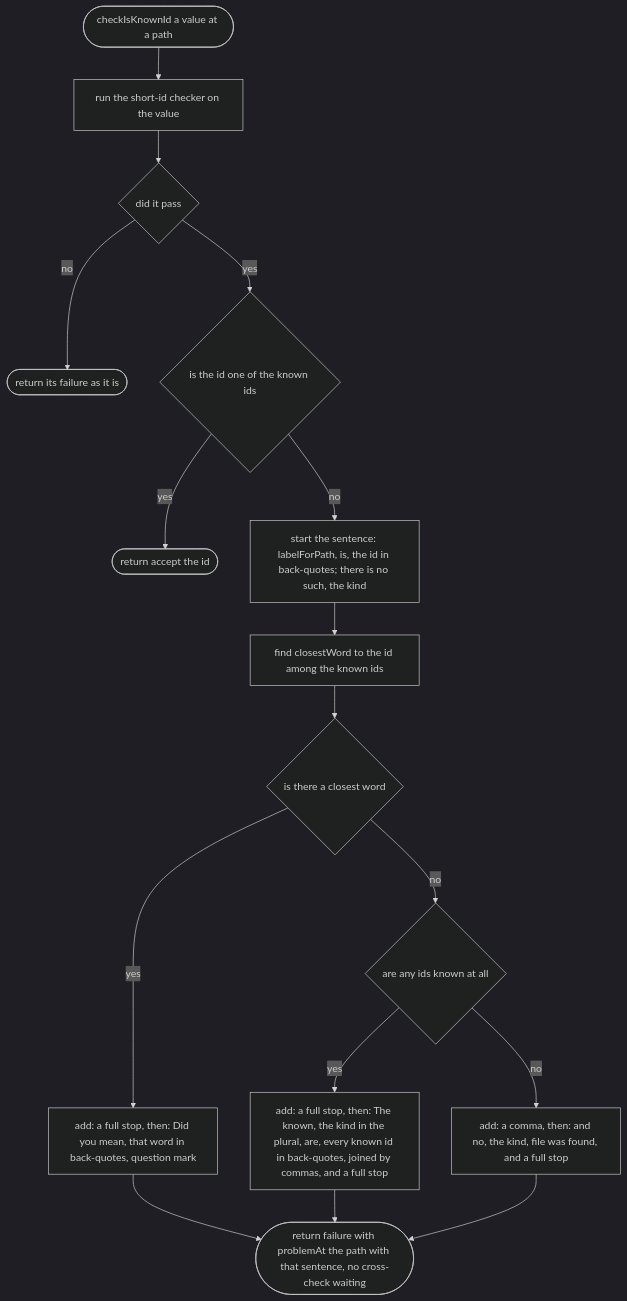
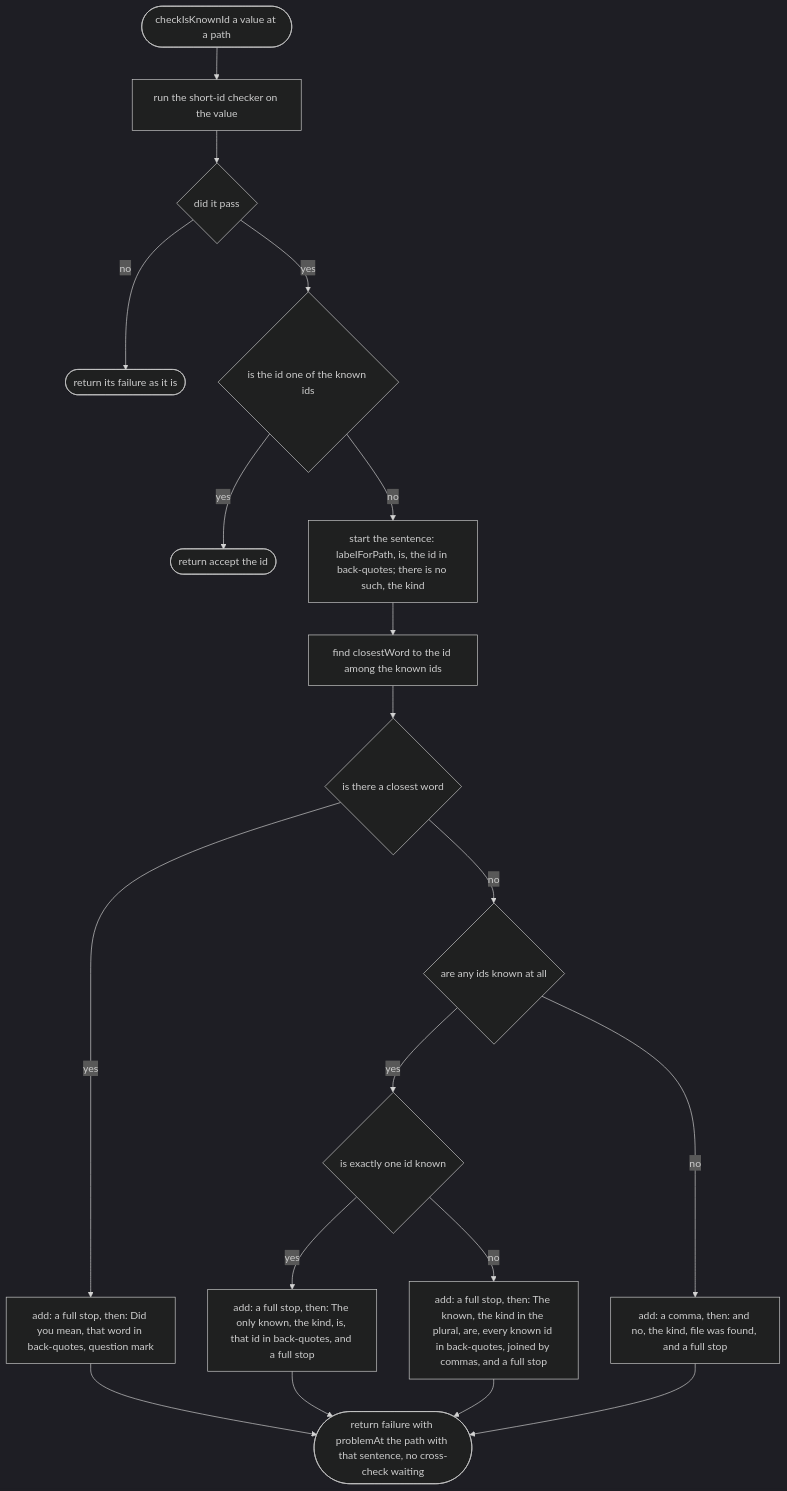
One commit to NewDara-Star/world-engine changed diagram 20 of 41 in docs/designs/src/place/parse.md. Above: the diagram before and after it, drawn with Mermaid (dark theme). The commit also changed other lines of this file and 5 other files, not shown here.

````diff
--- a/docs/designs/src/place/parse.md
+++ b/docs/designs/src/place/parse.md
@@ -293,32 +293,37 @@
 ```mermaid
 flowchart TD
   s(["checkIsKnownId a value at a path"])
   a["run the short-id checker on the value"]
   b{"did it pass"}
   c(["return its failure as it is"])
   d{"is the id one of the known ids"}
   e(["return accept the id"])
   f["start the sentence: labelForPath, is, the id in back-quotes; there is no such, the kind"]
   g["find closestWord to the id among the known ids"]
   h{"is there a closest word"}
   i["add: a full stop, then: Did you mean, that word in back-quotes, question mark"]
   j{"are any ids known at all"}
   k["add: a full stop, then: The known, the kind in the plural, are, every known id in back-quotes, joined by commas, and a full stop"]
   l["add: a comma, then: and no, the kind, file was found, and a full stop"]
+  n{"is exactly one id known"}
+  o["add: a full stop, then: The only known, the kind, is, that id in back-quotes, and a full stop"]
   m(["return failure with problemAt the path with that sentence, no cross-check waiting"])
   s --> a
   a --> b
   b -->|"no"| c
   b -->|"yes"| d
   d -->|"yes"| e
   d -->|"no"| f
   f --> g
   g --> h
   h -->|"yes"| i
   h -->|"no"| j
-  j -->|"yes"| k
+  j -->|"yes"| n
+  n -->|"yes"| o
+  n -->|"no"| k
   j -->|"no"| l
   i --> m
   k --> m
   l --> m
+  o --> m
 ```
````
